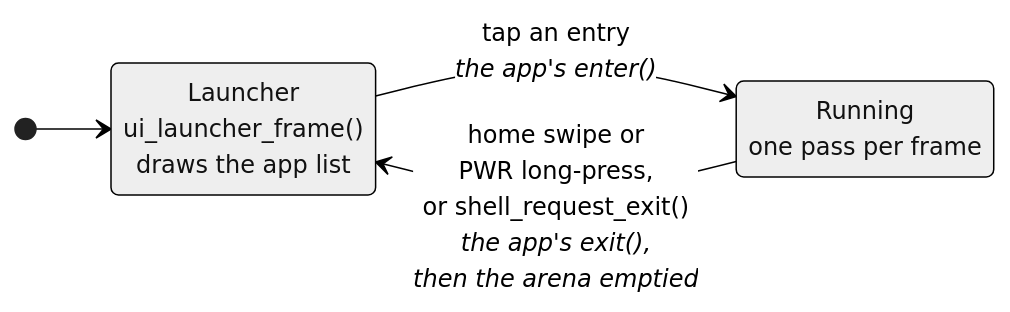
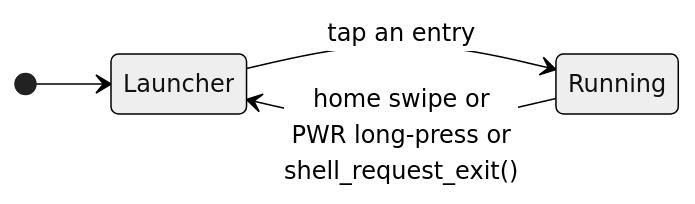
Before and after one commit to jose-villegas/autana: the first of 2 diagrams in docs/firmware/Frame-Loop.md, drawn with Mermaid (neutral theme). The commit also changed other lines of this file and 2 other files, not shown here.

Commit message:
docs: fix overlapping labels in the frame-loop, present and UI diagrams (autana-s9u0)

````diff
--- a/docs/firmware/Frame-Loop.md
+++ b/docs/firmware/Frame-Loop.md
@@ -6,11 +6,11 @@
 ```mermaid
 stateDiagram-v2
     direction LR
     [*] --> Launcher
 
-    Running : Running<br/>one pass per frame
-    Launcher : Launcher<br/>ui_launcher_frame()<br/>draws the app list
+    Launcher : Launcher
+    Running : Running
 
-    Launcher --> Running: tap an entry<br/><i>the app's enter()</i>
-    Running --> Launcher: home swipe or<br/>PWR long-press,<br/>or shell_request_exit()<br/><i>the app's exit(),<br/>then the arena emptied</i>
+    Launcher --> Running: tap an entry
+    Running --> Launcher: home swipe or<br/>PWR long-press or<br/>shell_request_exit()
 ```
````
